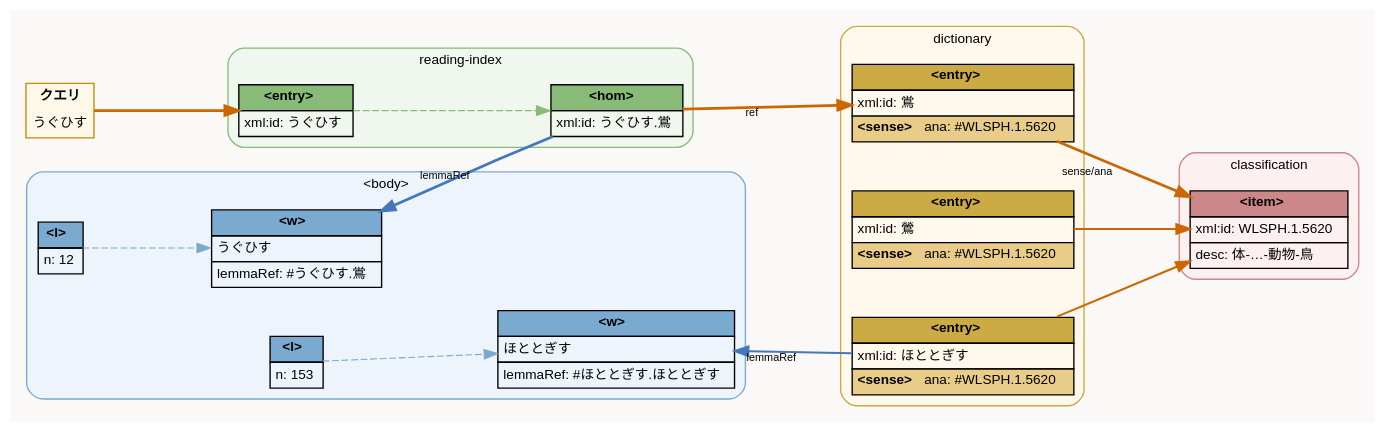
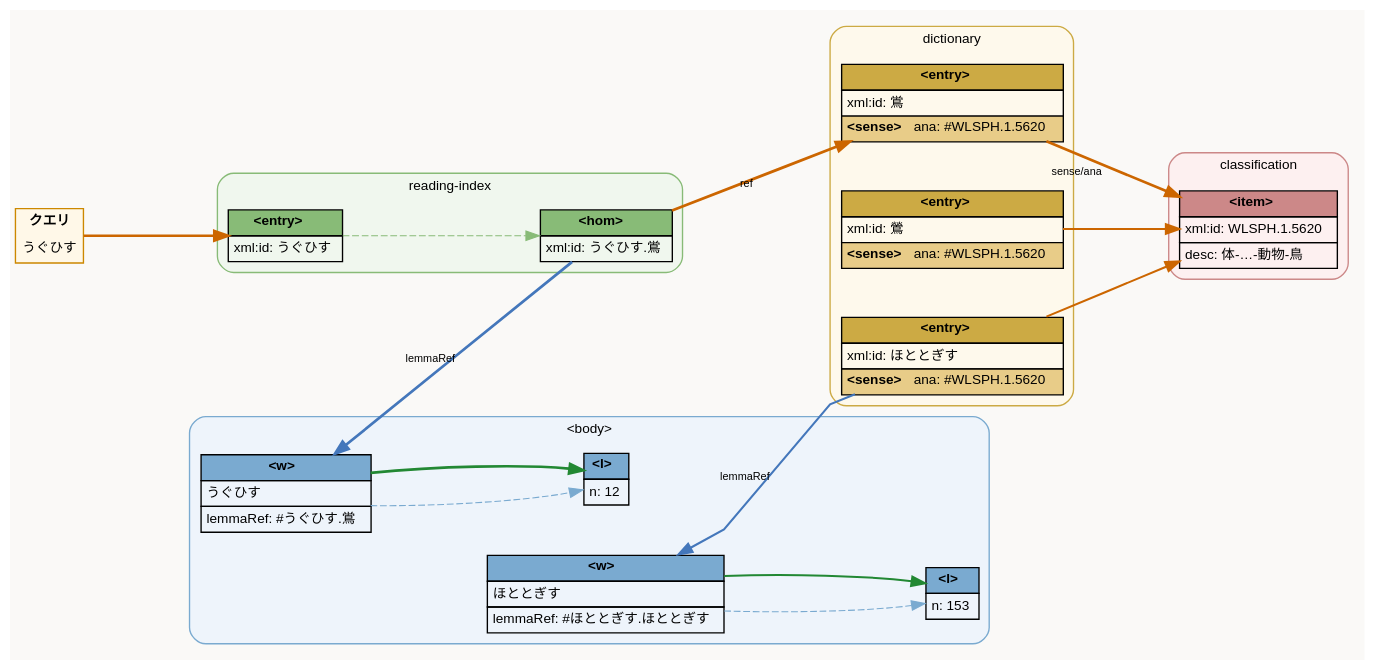
The diagram in docs/search-ex1.dot (idiig/kokin-tei-merge), drawn with Graphviz before and after one commit. The commit also changed 1 other file, not shown here.

Commit message:
docs: Update search example diagram to correct lemma reference directions and add highlighted search paths
The DOT file was modified to reverse the direction of lemma
reference edges and include bold arrows for the search path. The SVG
was regenerated accordingly.

```diff
--- a/docs/search-ex1.dot
+++ b/docs/search-ex1.dot
@@ -1,129 +1,131 @@
 digraph search_uguisu {
   graph [
     rankdir=LR
     fontname="Helvetica"
     bgcolor="#faf9f7"
     splines=polyline
     nodesep=0.5
     ranksep=1.2
     newrank=true
   ]
   node [fontname="Helvetica" fontsize=10 shape=plain]
   edge [fontname="Helvetica" fontsize=8 color="#aaaaaa" penwidth=0.8]
 
   /* ── query input ── */
   query [label=<<TABLE BORDER="1" CELLBORDER="0" CELLSPACING="0" CELLPADDING="4" BGCOLOR="#fff8e8" COLOR="#cc8800">
     <TR><TD><B>クエリ</B></TD></TR>
     <TR><TD>うぐひす</TD></TR>
   </TABLE>>]
 
   /* ── reading-index ── */
   subgraph cluster_ri {
     label="reading-index"
     style="filled,rounded"
     fillcolor="#f0f7ee"
     color="#88bb77"
     fontname="Helvetica"
     fontsize=10
 
     ri_e [label=<<TABLE BORDER="0" CELLBORDER="1" CELLSPACING="0" CELLPADDING="3">
       <TR><TD BGCOLOR="#88bb77"><B>&lt;entry&gt;</B></TD></TR>
       <TR><TD ALIGN="LEFT">xml:id: うぐひす</TD></TR>
     </TABLE>>]
 
     hom1 [label=<<TABLE BORDER="0" CELLBORDER="1" CELLSPACING="0" CELLPADDING="3">
       <TR><TD BGCOLOR="#88bb77"><B>&lt;hom&gt;</B></TD></TR>
       <TR><TD ALIGN="LEFT">xml:id: うぐひす.鴬</TD></TR>
     </TABLE>>]
 
     ri_e -> hom1 [style=dashed color="#88bb77"]
   }
 
   /* ── dictionary ── */
   subgraph cluster_dict {
     label="dictionary"
     style="filled,rounded"
     fillcolor="#fef9ec"
     color="#ccaa44"
     fontname="Helvetica"
     fontsize=10
 
     e1 [label=<<TABLE BORDER="0" CELLBORDER="1" CELLSPACING="0" CELLPADDING="3">
       <TR><TD BGCOLOR="#ccaa44"><B>&lt;entry&gt;</B></TD></TR>
       <TR><TD ALIGN="LEFT">xml:id: 鴬</TD></TR>
       <TR><TD BGCOLOR="#e8cc88" ALIGN="LEFT"><B>&lt;sense&gt;</B> ana: #WLSPH.1.5620</TD></TR>
     </TABLE>>]
 
     e2 [label=<<TABLE BORDER="0" CELLBORDER="1" CELLSPACING="0" CELLPADDING="3">
       <TR><TD BGCOLOR="#ccaa44"><B>&lt;entry&gt;</B></TD></TR>
       <TR><TD ALIGN="LEFT">xml:id: 鶯</TD></TR>
       <TR><TD BGCOLOR="#e8cc88" ALIGN="LEFT"><B>&lt;sense&gt;</B> ana: #WLSPH.1.5620</TD></TR>
     </TABLE>>]
 
     e3 [label=<<TABLE BORDER="0" CELLBORDER="1" CELLSPACING="0" CELLPADDING="3">
       <TR><TD BGCOLOR="#ccaa44"><B>&lt;entry&gt;</B></TD></TR>
       <TR><TD ALIGN="LEFT">xml:id: ほととぎす</TD></TR>
       <TR><TD BGCOLOR="#e8cc88" ALIGN="LEFT"><B>&lt;sense&gt;</B> ana: #WLSPH.1.5620</TD></TR>
     </TABLE>>]
   }
 
   /* ── classification ── */
   subgraph cluster_cls {
     label="classification"
     style="filled,rounded"
     fillcolor="#fdf0f0"
     color="#cc8888"
     fontname="Helvetica"
     fontsize=10
 
     wlsph [label=<<TABLE BORDER="0" CELLBORDER="1" CELLSPACING="0" CELLPADDING="3">
       <TR><TD BGCOLOR="#cc8888"><B>&lt;item&gt;</B></TD></TR>
       <TR><TD ALIGN="LEFT">xml:id: WLSPH.1.5620</TD></TR>
       <TR><TD ALIGN="LEFT">desc: 体-…-動物-鳥</TD></TR>
     </TABLE>>]
   }
 
   /* ── body ── */
   subgraph cluster_body {
     label="&lt;body&gt;"
     style="filled,rounded"
     fillcolor="#eef4fb"
     color="#7aaad0"
     fontname="Helvetica"
     fontsize=10
 
     l1 [label=<<TABLE BORDER="0" CELLBORDER="1" CELLSPACING="0" CELLPADDING="3">
       <TR><TD BGCOLOR="#7aaad0"><B>&lt;l&gt;</B></TD></TR>
       <TR><TD ALIGN="LEFT">n: 12</TD></TR>
     </TABLE>>]
 
     w1 [label=<<TABLE BORDER="0" CELLBORDER="1" CELLSPACING="0" CELLPADDING="3">
       <TR><TD BGCOLOR="#7aaad0"><B>&lt;w&gt;</B></TD></TR>
       <TR><TD ALIGN="LEFT">うぐひす</TD></TR>
       <TR><TD ALIGN="LEFT">lemmaRef: #うぐひす.鴬</TD></TR>
     </TABLE>>]
 
     l2 [label=<<TABLE BORDER="0" CELLBORDER="1" CELLSPACING="0" CELLPADDING="3">
       <TR><TD BGCOLOR="#7aaad0"><B>&lt;l&gt;</B></TD></TR>
       <TR><TD ALIGN="LEFT">n: 153</TD></TR>
     </TABLE>>]
 
     w2 [label=<<TABLE BORDER="0" CELLBORDER="1" CELLSPACING="0" CELLPADDING="3">
       <TR><TD BGCOLOR="#7aaad0"><B>&lt;w&gt;</B></TD></TR>
       <TR><TD ALIGN="LEFT">ほととぎす</TD></TR>
       <TR><TD ALIGN="LEFT">lemmaRef: #ほととぎす.ほととぎす</TD></TR>
     </TABLE>>]
 
-    l1 -> w1 [style=dashed color="#7aaad0"]
-    l2 -> w2 [style=dashed color="#7aaad0"]
+    w1 -> l1 [style=dashed color="#7aaad0"]
+    w2 -> l2 [style=dashed color="#7aaad0"]
   }
 
   /* ── search path (highlighted) ── */
   query -> ri_e    [style=bold penwidth=2 color="#cc6600"]
   hom1  -> e1      [xlabel="ref"      style=bold penwidth=2 color="#cc6600"]
   e1    -> wlsph   [xlabel="sense/ana" style=bold penwidth=2 color="#cc6600"]
   e2    -> wlsph   [style=bold penwidth=1.5 color="#cc6600"]
   e3    -> wlsph   [style=bold penwidth=1.5 color="#cc6600"]
   w1    -> hom1    [xlabel="lemmaRef" style=bold penwidth=2 color="#4477bb" dir=back]
   w2    -> e3      [xlabel="lemmaRef" style=bold penwidth=1.5 color="#4477bb" dir=back]
+  w1    -> l1      [style=bold penwidth=2 color="#228833"]
+  w2    -> l2      [style=bold penwidth=1.5 color="#228833"]
 }
```
